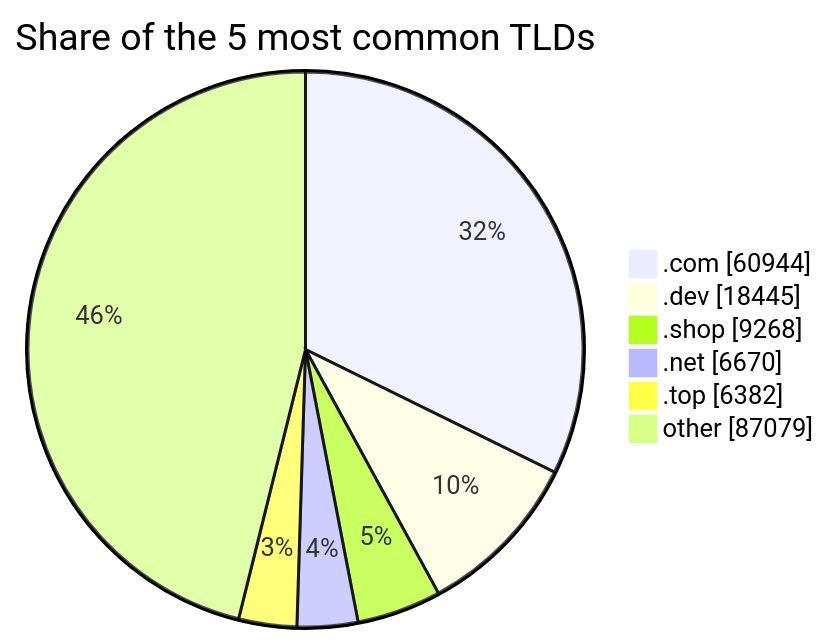
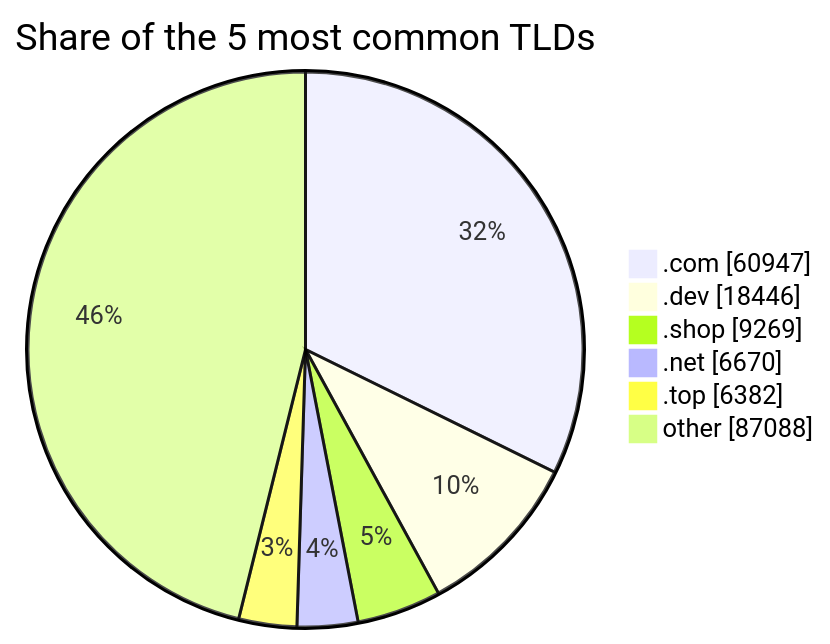
The third of 3 diagrams in README.md (DNSBunker/CTI), drawn with Mermaid before and after one commit. The commit also changed other lines of this file and 3 other files, not shown here.

````diff
--- a/README.md
+++ b/README.md
@@ -81,9 +81,9 @@
 ```mermaid
 pie showData title Share of the 5 most common TLDs
-    ".com" : 60944
-    ".dev" : 18445
-    ".shop" : 9268
+    ".com" : 60947
+    ".dev" : 18446
+    ".shop" : 9269
     ".net" : 6670
     ".top" : 6382
-    "other" : 87079
+    "other" : 87088
 ```
````
